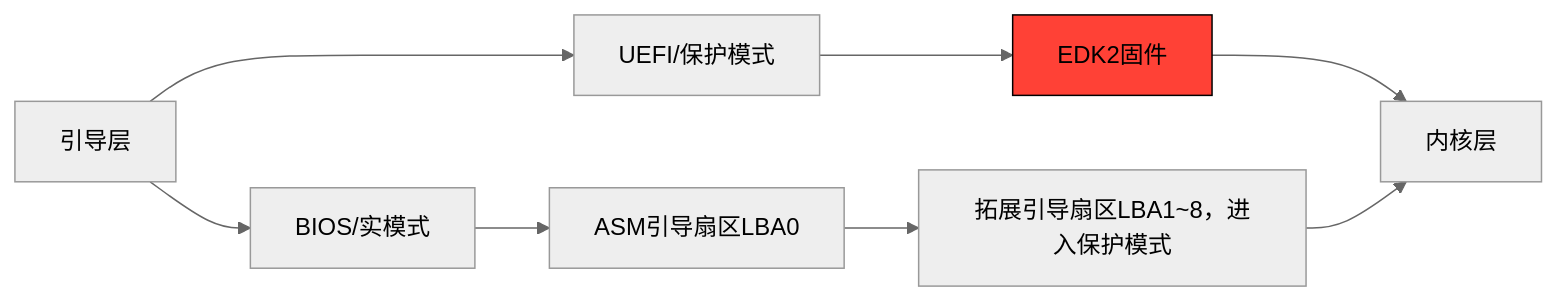
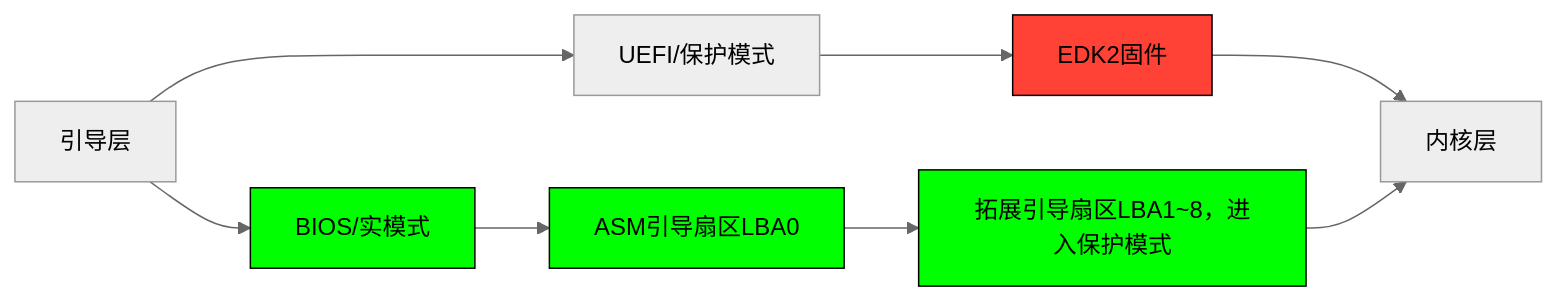
The diagram in README.md (XiYuyan-13yearsoldboy/13yearsold-RCOS1.0), drawn with Mermaid (neutral theme) before and after one commit. The commit also changed other lines of this file, not shown here.

````diff
--- a/README.md
+++ b/README.md
@@ -11,11 +11,14 @@
 ```mermaid
 graph LR 
 A[引导层] --> B[BIOS/实模式]
 A --> C[UEFI/保护模式]
 B --> D[ASM引导扇区LBA0]
 D --> G[拓展引导扇区LBA1~8，进入保护模式]
 C --> E[EDK2固件]
 E --> F[内核层]
 G --> F
 style E fill:#FF4136,stroke:#000;
+style D fill:#0F0,stroke:#000;
+style G fill:#0F0,stroke:#000;
+style B fill:#0F0,stroke:#000;
 ```
````
